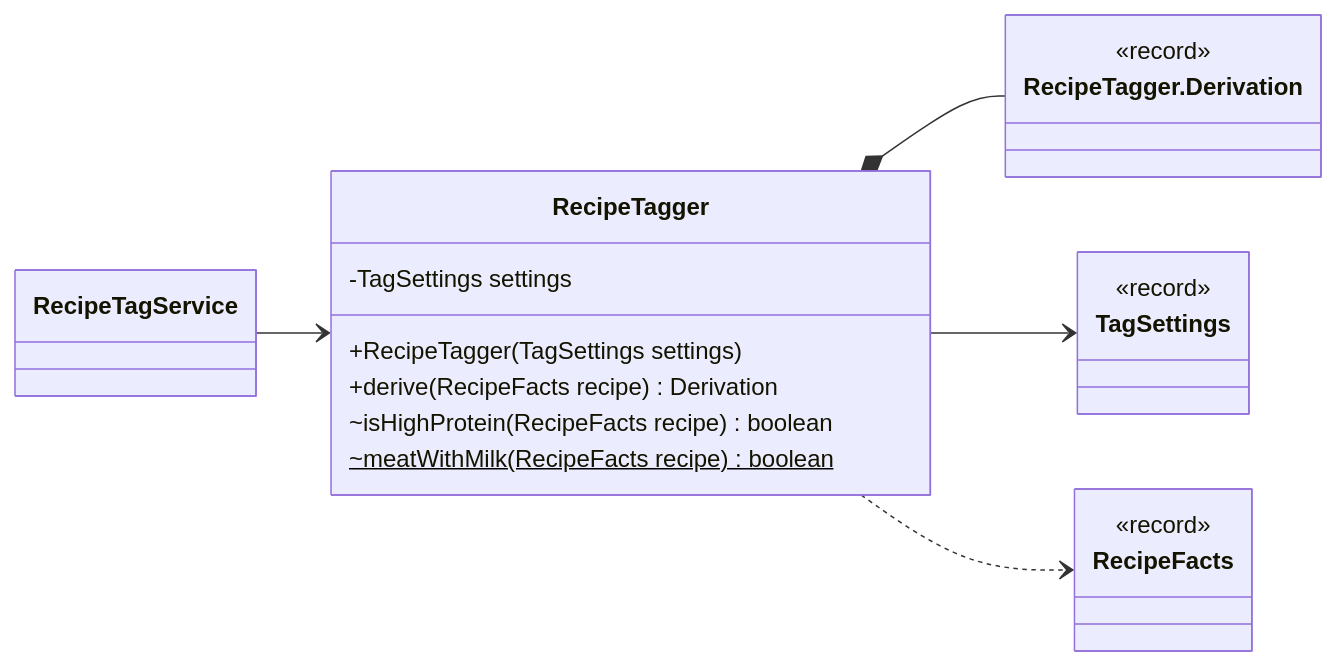
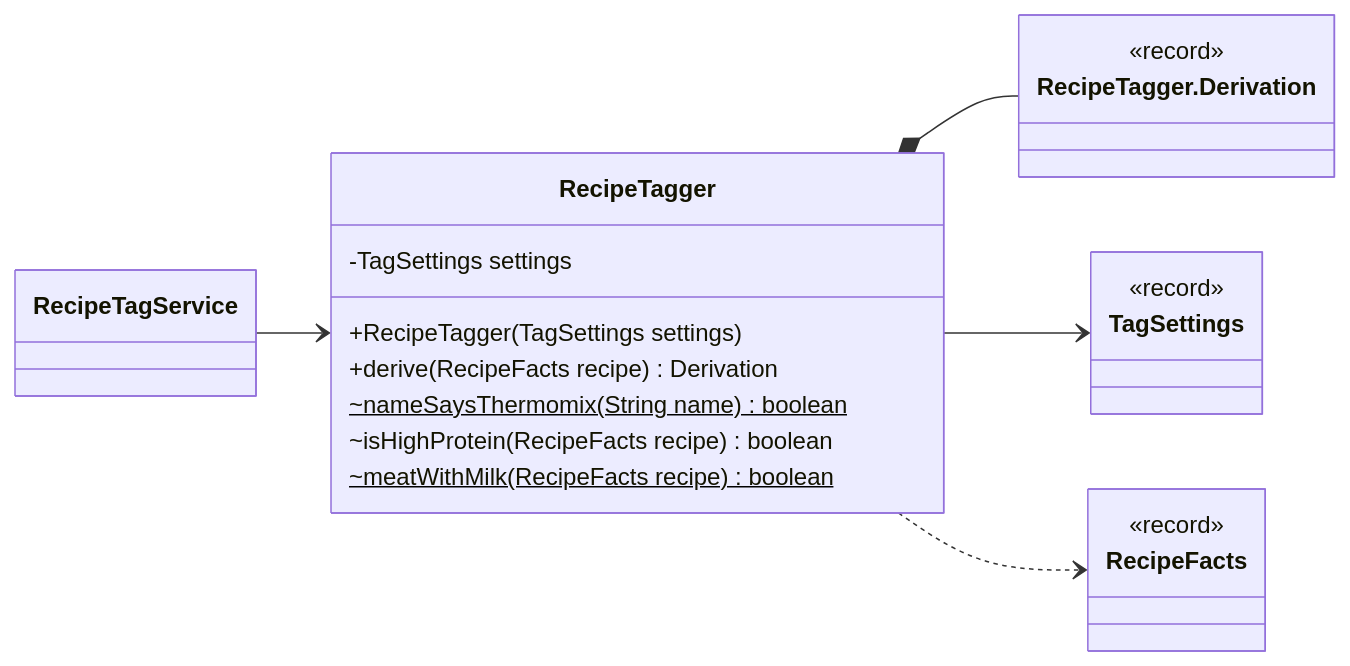
One commit to Nate-ryan-7690/dahaem changed diagram 24 of 30 in docs/classes/tags.md. Above: the diagram before and after it, drawn with Mermaid. The commit also changed other lines of this file and 3 other files, not shown here.

````diff
--- a/docs/classes/tags.md
+++ b/docs/classes/tags.md
@@ -1215,25 +1215,26 @@
 ```mermaid
 classDiagram
     direction LR
     class tags_RecipeTagger["RecipeTagger"] {
         -TagSettings settings
         +RecipeTagger(TagSettings settings)
         +derive(RecipeFacts recipe) Derivation
+        ~nameSaysThermomix(String name) boolean$
         ~isHighProtein(RecipeFacts recipe) boolean
         ~meatWithMilk(RecipeFacts recipe) boolean$
     }
     class tags_RecipeTagger_Derivation["RecipeTagger.Derivation"] {
         <<record>>
     }
     class tags_TagSettings["TagSettings"] {
         <<record>>
     }
     class tags_RecipeTagService["RecipeTagService"]
     class tags_RecipeFacts["RecipeFacts"] {
         <<record>>
     }
     tags_RecipeTagger *-- tags_RecipeTagger_Derivation
     tags_RecipeTagger --> tags_TagSettings
     tags_RecipeTagger ..> tags_RecipeFacts
     tags_RecipeTagService --> tags_RecipeTagger
 ```
````
